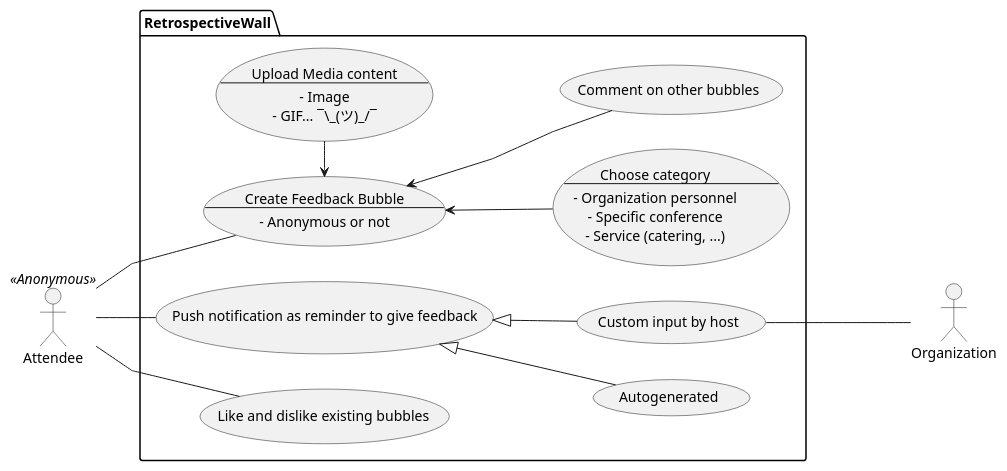
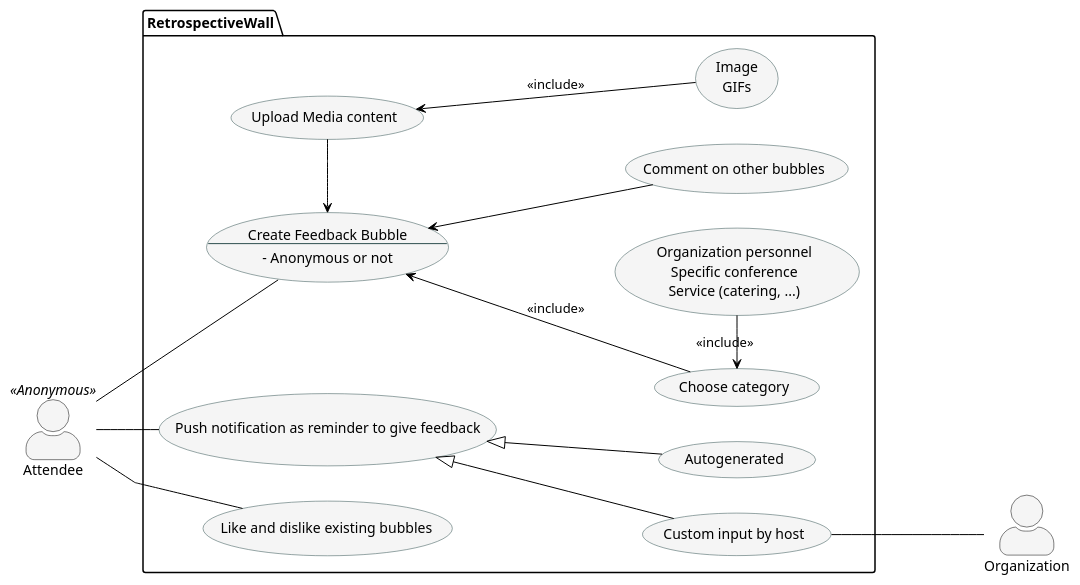
Before and after one commit to up201806330/Retrospective-Wall: the diagram in UML/useCases.puml, drawn with PlantUML.

Commit message:
Testing action

```diff
--- a/UML/useCases.puml
+++ b/UML/useCases.puml
@@ -1,39 +1,48 @@
 @startuml useCases
 skinparam linetype polyline
+skinparam usecaseBackgroundColor WhiteSmoke
+skinparam usecaseBorderColor DarkSlateGrey
+skinparam usecaseFontColor Black
+skinparam actorBackgroundColor WhiteSmoke
+skinparam actorBorderColor Black
+skinparam ArrowColor Black
+skinparam actorStyle awesome    
 left to right direction
 
 actor Attendee as a <<Anonymous>>
 package RetrospectiveWall {
     usecase bubble as "Create Feedback Bubble
     --
     - Anonymous or not"
-    usecase category as "Choose category
-    --
-    - Organization personnel
-    - Specific conference
-    - Service (catering, ...)"
-    usecase media as "Upload Media content
-    --
-    - Image
-    - GIF... ¯\_(ツ)_/¯"
+    usecase category as "Choose category"
+    usecase category_include as "
+    Organization personnel
+    Specific conference
+    Service (catering, ...)"
+    usecase media as "Upload Media content"
+    usecase media_include as "
+    Image
+    GIFs"
     usecase "Comment on other bubbles" as comment
 
     usecase notification as "Push notification as reminder to give feedback"
     usecase auto as"Autogenerated"
     usecase manual as "Custom input by host"
 
     usecase like as "Like and dislike existing bubbles"
 
 }
 actor Organization as o
 
 a -- notification
 manual --- o
 a -- bubble
 a -- like
-bubble <-- category
-bubble <- media
+bubble <-- category : <<include>>
+category <-right- category_include : <<include>>
+bubble <-right-- media
+media <-down- media_include : <<include>>
 bubble <-- comment
 notification <|-- auto
 notification <|-- manual
 @enduml
```
